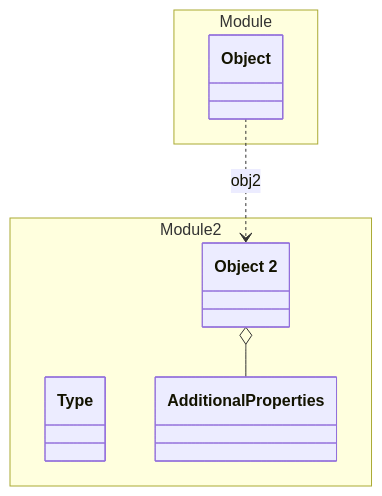
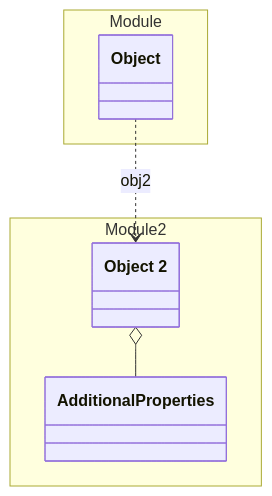
The diagram in tests/java/expected/Module2/README.md (lizzyTheLizard/domain-schema-documentation), drawn with Mermaid before and after one commit. The commit also changed 5 other files, not shown here.

````diff
--- a/tests/java/expected/Module2/README.md
+++ b/tests/java/expected/Module2/README.md
@@ -6,17 +6,15 @@
 ```mermaid
 classDiagram
 namespace Module 2 {
   class _Module2_Object2_yaml["Object 2"]
-  class Type["Type"]
   class AdditionalProperties["AdditionalProperties"]
 }
 namespace Module {
   class _Module_Object_yaml["Object"]
 }
 _Module_Object_yaml ..> _Module2_Object2_yaml :obj2
 _Module2_Object2_yaml o-- AdditionalProperties 
 click _Module2_Object2_yaml href "./Object2.yaml.html" "Object 2"
-click Type href "./Object2.yaml.html" "Object 2"
 click AdditionalProperties href "./Object2.yaml.html" "Object 2"
 click _Module_Object_yaml href "../Module/Object.yaml.html" "Object"
 ```
````
